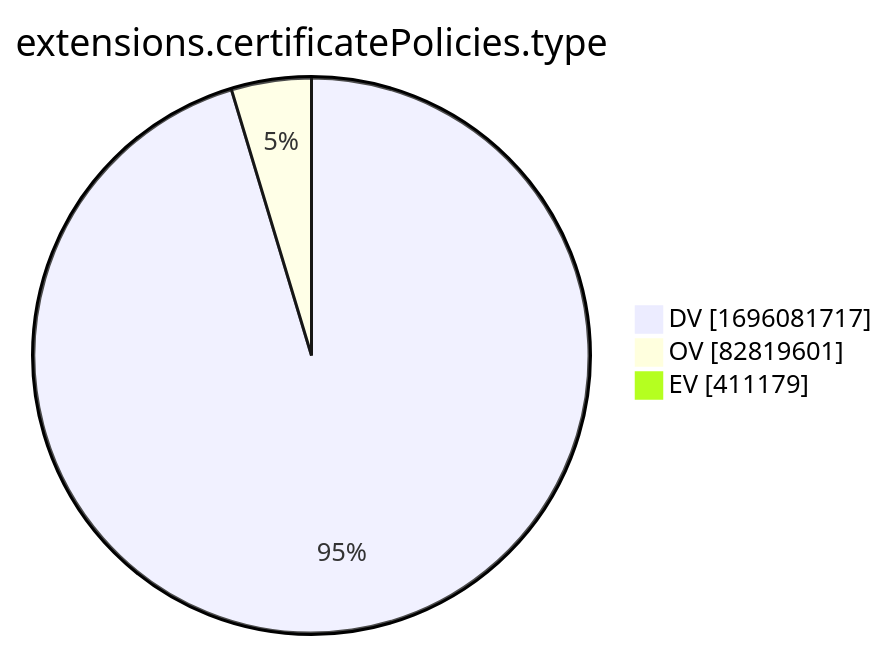
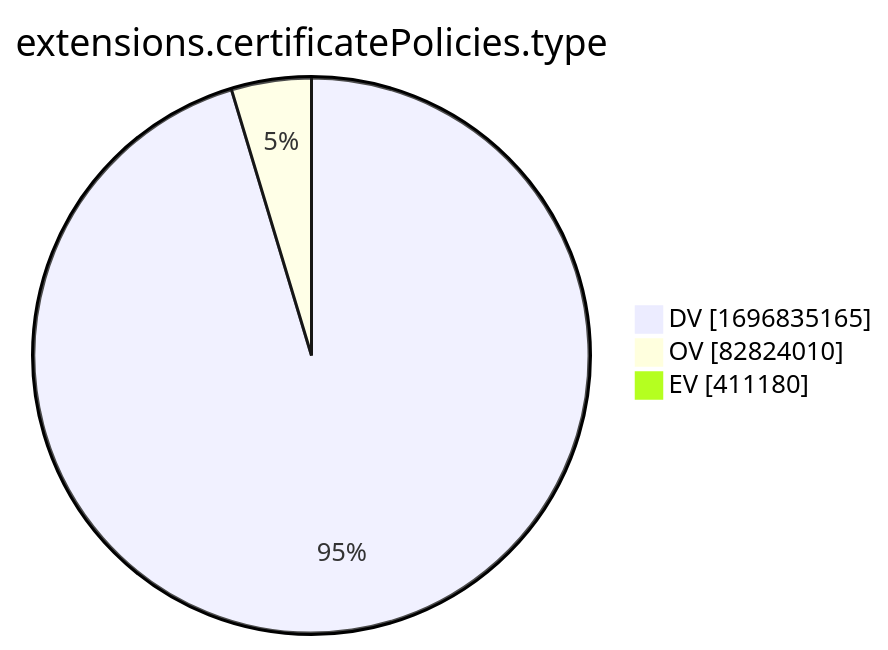
One commit to christiankrug/ctmonitor_visualization changed the tenth of 15 diagrams in xenon2022/README.md. Above: the diagram before and after it, drawn with Mermaid. The commit also changed other lines of this file, not shown here.

````diff
--- a/xenon2022/README.md
+++ b/xenon2022/README.md
@@ -2881,7 +2881,7 @@
 ```mermaid
 pie showData
 title extensions.certificatePolicies.type
-"DV" :1696081717
-"OV" :82819601
-"EV" :411179
+"DV" :1696835165
+"OV" :82824010
+"EV" :411180
 ```
````
